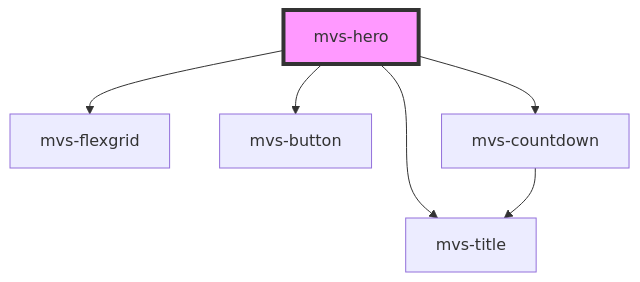
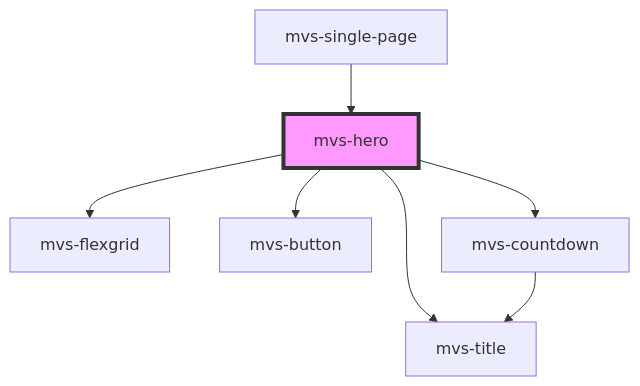
One commit to rafaela-vairo/mvs-design-system changed the diagram in src/components/mvs-hero/readme.md. Above: the diagram before and after it, drawn with Mermaid. The commit also changed other lines of this file and 29 other files, not shown here.

````diff
--- a/src/components/mvs-hero/readme.md
+++ b/src/components/mvs-hero/readme.md
@@ -28,9 +32,10 @@
 ```mermaid
 graph TD;
   mvs-hero --> mvs-flexgrid
   mvs-hero --> mvs-title
   mvs-hero --> mvs-button
   mvs-hero --> mvs-countdown
   mvs-countdown --> mvs-title
+  mvs-single-page --> mvs-hero
   style mvs-hero fill:#f9f,stroke:#333,stroke-width:4px
 ```
````
